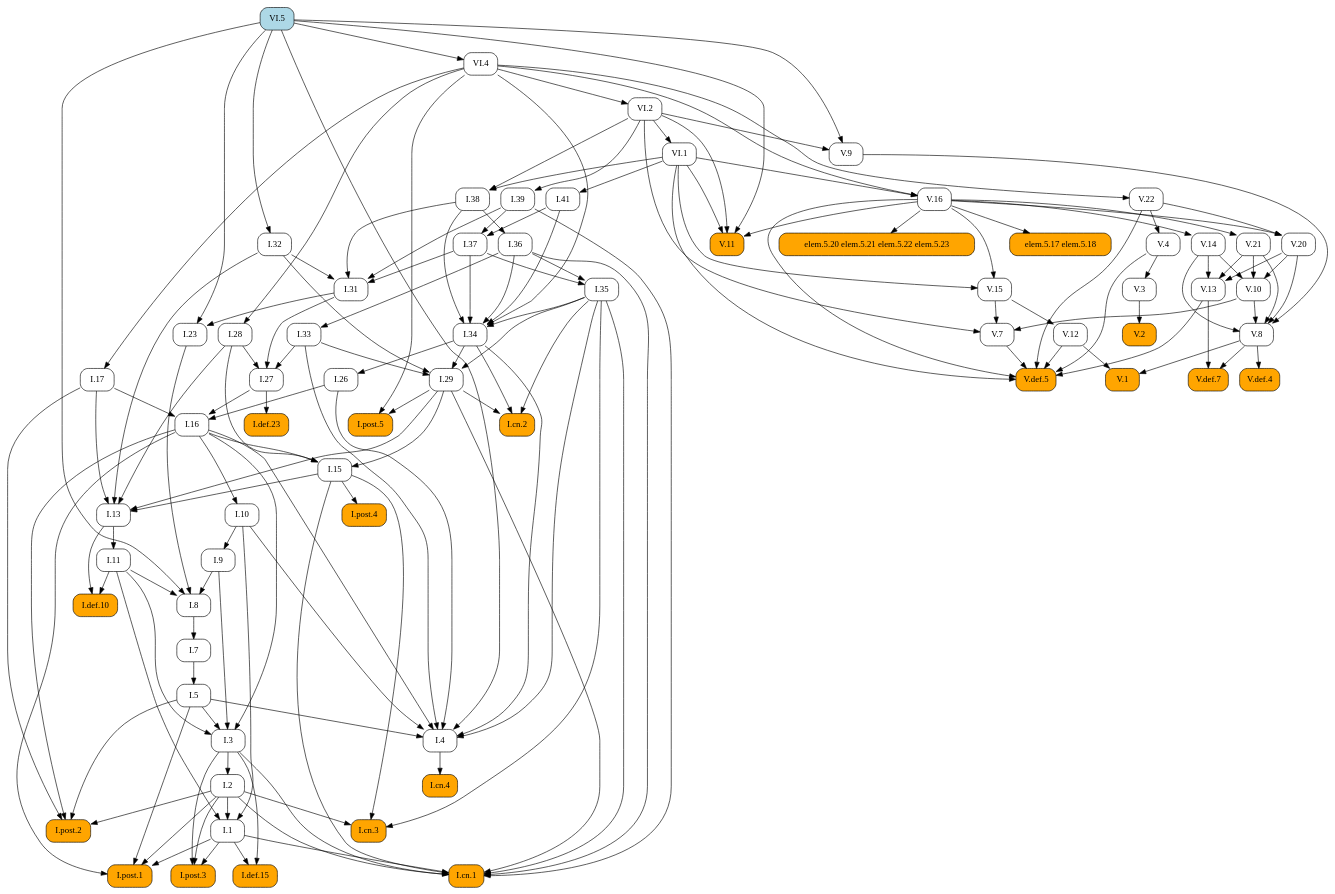
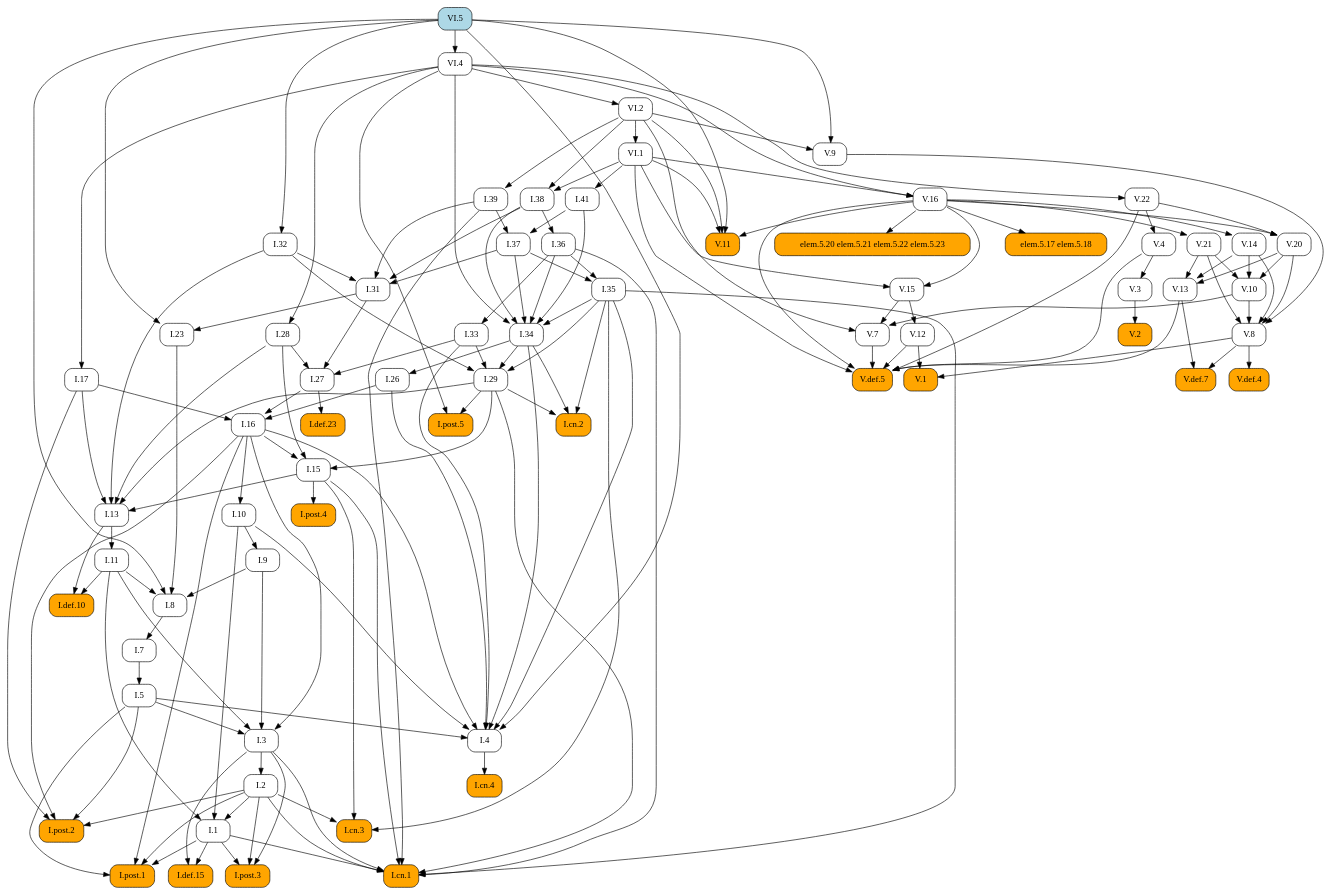
The diagram in docsrc/elements2/VI/5/index.rst (geometor/elements), drawn with Graphviz before and after one commit. The commit also changed other lines of this file and 409 other files, not shown here.

First line of the commit message:
feat: Add image cropping and graphic extraction script

```diff
--- a/docsrc/elements2/VI/5/index.rst
+++ b/docsrc/elements2/VI/5/index.rst
@@ -116,80 +116,105 @@
    digraph {
      rankdir="TB";
      node [shape=box, style=rounded];
+     "I.31" [URL="/elements2/I/31/", target="_top"];
+     "I.41" [URL="/elements2/I/41/", target="_top"];
      "I.8" [URL="/elements2/I/8/", target="_top"];
+     "V.10" [URL="/elements2/V/10/", target="_top"];
+     "V.8" [URL="/elements2/V/8/", target="_top"];
+     "I.15" [URL="/elements2/I/15/", target="_top"];
+     "VI.1" [URL="/elements2/VI/1/", target="_top"];
+     "I.26" [URL="/elements2/I/26/", target="_top"];
+     "I.cn.1" [style="rounded,filled", fillcolor=orange, URL="/elements2/I/cn.1/", target="_top"];
+     "elem.5.20 elem.5.21 elem.5.22 elem.5.23" [style="rounded,filled", fillcolor=orange];
+     "I.28" [URL="/elements2/I/28/", target="_top"];
+     "V.def.5" [style="rounded,filled", fillcolor=orange, URL="/elements2/V/def.5/", target="_top"];
+     "I.16" [URL="/elements2/I/16/", target="_top"];
+     "I.35" [URL="/elements2/I/35/", target="_top"];
+     "I.34" [URL="/elements2/I/34/", target="_top"];
+     "VI.4" [URL="/elements2/VI/4/", target="_top"];
+     "I.33" [URL="/elements2/I/33/", target="_top"];
+     "V.15" [URL="/elements2/V/15/", target="_top"];
+     "V.4" [URL="/elements2/V/4/", target="_top"];
+     "V.14" [URL="/elements2/V/14/", target="_top"];
+     "elem.5.17 elem.5.18" [style="rounded,filled", fillcolor=orange];
+     "V.3" [URL="/elements2/V/3/", target="_top"];
+     "I.def.15" [style="rounded,filled", fillcolor=orange, URL="/elements2/I/def.15/", target="_top"];
+     "I.11" [URL="/elements2/I/11/", target="_top"];
+     "V.11" [style="rounded,filled", fillcolor=orange, URL="/elements2/V/11/", target="_top"];
+     "I.cn.3" [style="rounded,filled", fillcolor=orange, URL="/elements2/I/cn.3/", target="_top"];
+     "I.9" [URL="/elements2/I/9/", target="_top"];
+     "I.29" [URL="/elements2/I/29/", target="_top"];
+     "V.13" [URL="/elements2/V/13/", target="_top"];
+     "I.36" [URL="/elements2/I/36/", target="_top"];
+     "I.post.1" [style="rounded,filled", fillcolor=orange, URL="/elements2/I/post.1/", target="_top"];
+     "V.def.4" [style="rounded,filled", fillcolor=orange, URL="/elements2/V/def.4/", target="_top"];
+     "VI.2" [URL="/elements2/VI/2/", target="_top"];
+     "I.27" [URL="/elements2/I/27/", target="_top"];
+     "V.1" [style="rounded,filled", fillcolor=orange, URL="/elements2/V/1/", target="_top"];
+     "I.cn.4" [style="rounded,filled", fillcolor=orange, URL="/elements2/I/cn.4/", target="_top"];
+     "I.post.4" [style="rounded,filled", fillcolor=orange, URL="/elements2/I/post.4/", target="_top"];
+     "I.cn.2" [style="rounded,filled", fillcolor=orange, URL="/elements2/I/cn.2/", target="_top"];
+     "V.7" [URL="/elements2/V/7/", target="_top"];
+     "VI.5" [style="rounded,filled", fillcolor=lightblue, URL="/elements2/VI/5/", target="_top"];
+     "I.37" [URL="/elements2/I/37/", target="_top"];
+     "V.21" [URL="/elements2/V/21/", target="_top"];
+     "I.5" [URL="/elements2/I/5/", target="_top"];
+     "V.def.7" [style="rounded,filled", fillcolor=orange, URL="/elements2/V/def.7/", target="_top"];
+     "I.17" [URL="/elements2/I/17/", target="_top"];
+     "V.12" [URL="/elements2/V/12/", target="_top"];
+     "I.32" [URL="/elements2/I/32/", target="_top"];
+     "I.7" [URL="/elements2/I/7/", target="_top"];
+     "I.23" [URL="/elements2/I/23/", target="_top"];
+     "V.9" [URL="/elements2/V/9/", target="_top"];
+     "V.2" [style="rounded,filled", fillcolor=orange, URL="/elements2/V/2/", target="_top"];
+     "I.38" [URL="/elements2/I/38/", target="_top"];
+     "I.def.10" [style="rounded,filled", fillcolor=orange, URL="/elements2/I/def.10/", target="_top"];
      "V.20" [URL="/elements2/V/20/", target="_top"];
-     "I.36" [URL="/elements2/I/36/", target="_top"];
-     "V.def.5" [style="rounded,filled", fillcolor=orange, URL="/elements2/V/def.5/", target="_top"];
-     "I.38" [URL="/elements2/I/38/", target="_top"];
+     "I.def.23" [style="rounded,filled", fillcolor=orange, URL="/elements2/I/def.23/", target="_top"];
+     "V.16" [URL="/elements2/V/16/", target="_top"];
      "I.post.5" [style="rounded,filled", fillcolor=orange, URL="/elements2/I/post.5/", target="_top"];
-     "I.def.10" [style="rounded,filled", fillcolor=orange, URL="/elements2/I/def.10/", target="_top"];
-     "I.cn.2" [style="rounded,filled", fillcolor=orange, URL="/elements2/I/cn.2/", target="_top"];
-     "I.31" [URL="/elements2/I/31/", target="_top"];
+     "I.3" [URL="/elements2/I/3/", target="_top"];
+     "I.10" [URL="/elements2/I/10/", target="_top"];
+     "I.13" [URL="/elements2/I/13/", target="_top"];
+     "I.4" [URL="/elements2/I/4/", target="_top"];
+     "I.post.3" [style="rounded,filled", fillcolor=orange, URL="/elements2/I/post.3/", target="_top"];
+     "I.39" [URL="/elements2/I/39/", target="_top"];
+     "I.2" [URL="/elements2/I/2/", target="_top"];
+     "I.1" [URL="/elements2/I/1/", target="_top"];
      "I.post.2" [style="rounded,filled", fillcolor=orange, URL="/elements2/I/post.2/", target="_top"];
-     "I.def.23" [style="rounded,filled", fillcolor=orange, URL="/elements2/I/def.23/", target="_top"];
-     "I.26" [URL="/elements2/I/26/", target="_top"];
-     "V.3" [URL="/elements2/V/3/", target="_top"];
-     "I.cn.3" [style="rounded,filled", fillcolor=orange, URL="/elements2/I/cn.3/", target="_top"];
-     "V.2" [style="rounded,filled", fillcolor=orange, URL="/elements2/V/2/", target="_top"];
-     "V.12" [URL="/elements2/V/12/", target="_top"];
      "V.22" [URL="/elements2/V/22/", target="_top"];
-     "I.41" [URL="/elements2/I/41/", target="_top"];
-     "I.35" [URL="/elements2/I/35/", target="_top"];
-     "I.28" [URL="/elements2/I/28/", target="_top"];
-     "I.27" [URL="/elements2/I/27/", target="_top"];
-     "I.4" [URL="/elements2/I/4/", target="_top"];
-     "V.8" [URL="/elements2/V/8/", target="_top"];
-     "VI.2" [URL="/elements2/VI/2/", target="_top"];
-     "I.39" [URL="/elements2/I/39/", target="_top"];
-     "I.15" [URL="/elements2/I/15/", target="_top"];
-     "I.34" [URL="/elements2/I/34/", target="_top"];
-     "I.post.3" [style="rounded,filled", fillcolor=orange, URL="/elements2/I/post.3/", target="_top"];
-     "I.32" [URL="/elements2/I/32/", target="_top"];
-     "VI.5" [style="rounded,filled", fillcolor=lightblue, URL="/elements2/VI/5/", target="_top"];
-     "V.def.4" [style="rounded,filled", fillcolor=orange, URL="/elements2/V/def.4/", target="_top"];
-     "I.post.1" [style="rounded,filled", fillcolor=orange, URL="/elements2/I/post.1/", target="_top"];
-     "I.33" [URL="/elements2/I/33/", target="_top"];
-     "I.5" [URL="/elements2/I/5/", target="_top"];
-     "elem.5.17 elem.5.18" [style="rounded,filled", fillcolor=orange];
-     "VI.1" [URL="/elements2/VI/1/", target="_top"];
-     "V.11" [style="rounded,filled", fillcolor=orange, URL="/elements2/V/11/", target="_top"];
-     "V.13" [URL="/elements2/V/13/", target="_top"];
-     "V.9" [URL="/elements2/V/9/", target="_top"];
-     "V.16" [URL="/elements2/V/16/", target="_top"];
-     "I.def.15" [style="rounded,filled", fillcolor=orange, URL="/elements2/I/def.15/", target="_top"];
-     "V.15" [URL="/elements2/V/15/", target="_top"];
-     "I.11" [URL="/elements2/I/11/", target="_top"];
-     "I.3" [URL="/elements2/I/3/", target="_top"];
-     "V.14" [URL="/elements2/V/14/", target="_top"];
-     "VI.4" [URL="/elements2/VI/4/", target="_top"];
-     "V.10" [URL="/elements2/V/10/", target="_top"];
-     "I.1" [URL="/elements2/I/1/", target="_top"];
-     "I.cn.4" [style="rounded,filled", fillcolor=orange, URL="/elements2/I/cn.4/", target="_top"];
-     "I.23" [URL="/elements2/I/23/", target="_top"];
-     "I.7" [URL="/elements2/I/7/", target="_top"];
-     "I.17" [URL="/elements2/I/17/", target="_top"];
-     "I.9" [URL="/elements2/I/9/", target="_top"];
-     "V.1" [style="rounded,filled", fillcolor=orange, URL="/elements2/V/1/", target="_top"];
-     "I.cn.1" [style="rounded,filled", fillcolor=orange, URL="/elements2/I/cn.1/", target="_top"];
-     "I.29" [URL="/elements2/I/29/", target="_top"];
-     "I.16" [URL="/elements2/I/16/", target="_top"];
-     "V.21" [URL="/elements2/V/21/", target="_top"];
-     "I.13" [URL="/elements2/I/13/", target="_top"];
-     "elem.5.20 elem.5.21 elem.5.22 elem.5.23" [style="rounded,filled", fillcolor=orange];
-     "V.7" [URL="/elements2/V/7/", target="_top"];
-     "I.post.4" [style="rounded,filled", fillcolor=orange, URL="/elements2/I/post.4/", target="_top"];
-     "I.2" [URL="/elements2/I/2/", target="_top"];
-     "I.37" [URL="/elements2/I/37/", target="_top"];
-     "I.10" [URL="/elements2/I/10/", target="_top"];
-     "V.def.7" [style="rounded,filled", fillcolor=orange, URL="/elements2/V/def.7/", target="_top"];
-     "V.4" [URL="/elements2/V/4/", target="_top"];
+     "I.32" -> "I.31";
+     "I.37" -> "I.31";
+     "I.38" -> "I.31";
+     "I.39" -> "I.31";
+     "VI.1" -> "I.41";
      "I.9" -> "I.8";
      "I.11" -> "I.8";
      "I.23" -> "I.8";
      "VI.5" -> "I.8";
-     "V.16" -> "V.20";
-     "V.22" -> "V.20";
-     "I.38" -> "I.36";
+     "V.14" -> "V.10";
+     "V.20" -> "V.10";
+     "V.21" -> "V.10";
+     "V.9" -> "V.8";
+     "V.10" -> "V.8";
+     "V.14" -> "V.8";
+     "V.20" -> "V.8";
+     "V.21" -> "V.8";
+     "I.16" -> "I.15";
+     "I.28" -> "I.15";
+     "I.29" -> "I.15";
+     "VI.2" -> "VI.1";
+     "I.34" -> "I.26";
+     "I.1" -> "I.cn.1";
+     "I.2" -> "I.cn.1";
+     "I.3" -> "I.cn.1";
+     "I.15" -> "I.cn.1";
+     "I.29" -> "I.cn.1";
+     "I.35" -> "I.cn.1";
+     "I.36" -> "I.cn.1";
+     "I.39" -> "I.cn.1";
+     "V.16" -> "elem.5.20 elem.5.21 elem.5.22 elem.5.23";
+     "VI.4" -> "I.28";
      "V.4" -> "V.def.5";
      "V.7" -> "V.def.5";
      "V.12" -> "V.def.5";
@@ -197,39 +222,99 @@
      "V.16" -> "V.def.5";
      "V.22" -> "V.def.5";
      "VI.1" -> "V.def.5";
-     "VI.1" -> "I.38";
-     "VI.2" -> "I.38";
-     "I.29" -> "I.post.5";
-     "VI.4" -> "I.post.5";
-     "I.11" -> "I.def.10";
-     "I.13" -> "I.def.10";
+     "I.17" -> "I.16";
+     "I.26" -> "I.16";
+     "I.27" -> "I.16";
+     "I.36" -> "I.35";
+     "I.37" -> "I.35";
+     "I.35" -> "I.34";
+     "I.36" -> "I.34";
+     "I.37" -> "I.34";
+     "I.38" -> "I.34";
+     "I.41" -> "I.34";
+     "VI.4" -> "I.34";
+     "VI.5" -> "VI.4";
+     "I.36" -> "I.33";
+     "V.16" -> "V.15";
+     "VI.1" -> "V.15";
+     "V.22" -> "V.4";
+     "V.16" -> "V.14";
+     "V.16" -> "elem.5.17 elem.5.18";
+     "V.4" -> "V.3";
+     "I.1" -> "I.def.15";
+     "I.3" -> "I.def.15";
+     "I.13" -> "I.11";
+     "V.16" -> "V.11";
+     "VI.1" -> "V.11";
+     "VI.2" -> "V.11";
+     "VI.5" -> "V.11";
+     "I.2" -> "I.cn.3";
+     "I.15" -> "I.cn.3";
+     "I.35" -> "I.cn.3";
+     "I.10" -> "I.9";
+     "I.32" -> "I.29";
+     "I.33" -> "I.29";
+     "I.34" -> "I.29";
+     "I.35" -> "I.29";
+     "V.14" -> "V.13";
+     "V.20" -> "V.13";
+     "V.21" -> "V.13";
+     "I.38" -> "I.36";
+     "I.1" -> "I.post.1";
+     "I.2" -> "I.post.1";
+     "I.5" -> "I.post.1";
+     "I.16" -> "I.post.1";
+     "V.8" -> "V.def.4";
+     "VI.4" -> "VI.2";
+     "I.28" -> "I.27";
+     "I.31" -> "I.27";
+     "I.33" -> "I.27";
+     "V.8" -> "V.1";
+     "V.12" -> "V.1";
+     "I.4" -> "I.cn.4";
+     "I.15" -> "I.post.4";
      "I.29" -> "I.cn.2";
      "I.34" -> "I.cn.2";
      "I.35" -> "I.cn.2";
-     "I.32" -> "I.31";
-     "I.37" -> "I.31";
-     "I.38" -> "I.31";
-     "I.39" -> "I.31";
-     "I.2" -> "I.post.2";
-     "I.5" -> "I.post.2";
-     "I.16" -> "I.post.2";
-     "I.17" -> "I.post.2";
+     "V.10" -> "V.7";
+     "V.15" -> "V.7";
+     "VI.2" -> "V.7";
+     "I.39" -> "I.37";
+     "I.41" -> "I.37";
+     "V.16" -> "V.21";
+     "I.7" -> "I.5";
+     "V.8" -> "V.def.7";
+     "V.13" -> "V.def.7";
+     "VI.4" -> "I.17";
+     "V.15" -> "V.12";
+     "VI.5" -> "I.32";
+     "I.8" -> "I.7";
+     "I.31" -> "I.23";
+     "VI.5" -> "I.23";
+     "VI.2" -> "V.9";
+     "VI.5" -> "V.9";
+     "V.3" -> "V.2";
+     "VI.1" -> "I.38";
+     "VI.2" -> "I.38";
+     "I.11" -> "I.def.10";
+     "I.13" -> "I.def.10";
+     "V.16" -> "V.20";
+     "V.22" -> "V.20";
      "I.27" -> "I.def.23";
-     "I.34" -> "I.26";
-     "V.4" -> "V.3";
-     "I.2" -> "I.cn.3";
-     "I.15" -> "I.cn.3";
-     "I.35" -> "I.cn.3";
-     "V.3" -> "V.2";
-     "V.15" -> "V.12";
-     "VI.4" -> "V.22";
-     "VI.1" -> "I.41";
-     "I.36" -> "I.35";
-     "I.37" -> "I.35";
-     "VI.4" -> "I.28";
-     "I.28" -> "I.27";
-     "I.31" -> "I.27";
-     "I.33" -> "I.27";
+     "VI.1" -> "V.16";
+     "VI.4" -> "V.16";
+     "I.29" -> "I.post.5";
+     "VI.4" -> "I.post.5";
+     "I.5" -> "I.3";
+     "I.9" -> "I.3";
+     "I.11" -> "I.3";
+     "I.16" -> "I.3";
+     "I.16" -> "I.10";
+     "I.15" -> "I.13";
+     "I.17" -> "I.13";
+     "I.28" -> "I.13";
+     "I.29" -> "I.13";
+     "I.32" -> "I.13";
      "I.5" -> "I.4";
      "I.10" -> "I.4";
      "I.16" -> "I.4";
@@ -238,102 +323,17 @@
      "I.34" -> "I.4";
      "I.35" -> "I.4";
      "VI.5" -> "I.4";
-     "V.9" -> "V.8";
-     "V.10" -> "V.8";
-     "V.14" -> "V.8";
-     "V.20" -> "V.8";
-     "V.21" -> "V.8";
-     "VI.4" -> "VI.2";
-     "VI.2" -> "I.39";
-     "I.16" -> "I.15";
-     "I.28" -> "I.15";
-     "I.29" -> "I.15";
-     "I.35" -> "I.34";
-     "I.36" -> "I.34";
-     "I.37" -> "I.34";
-     "I.38" -> "I.34";
-     "I.41" -> "I.34";
-     "VI.4" -> "I.34";
      "I.1" -> "I.post.3";
      "I.2" -> "I.post.3";
      "I.3" -> "I.post.3";
-     "VI.5" -> "I.32";
-     "V.8" -> "V.def.4";
-     "I.1" -> "I.post.1";
-     "I.2" -> "I.post.1";
-     "I.5" -> "I.post.1";
-     "I.16" -> "I.post.1";
-     "I.36" -> "I.33";
-     "I.7" -> "I.5";
-     "V.16" -> "elem.5.17 elem.5.18";
-     "VI.2" -> "VI.1";
-     "V.16" -> "V.11";
-     "VI.1" -> "V.11";
-     "VI.2" -> "V.11";
-     "VI.5" -> "V.11";
-     "V.14" -> "V.13";
-     "V.20" -> "V.13";
-     "V.21" -> "V.13";
-     "VI.2" -> "V.9";
-     "VI.5" -> "V.9";
-     "VI.1" -> "V.16";
-     "VI.4" -> "V.16";
-     "I.1" -> "I.def.15";
-     "I.3" -> "I.def.15";
-     "V.16" -> "V.15";
-     "VI.1" -> "V.15";
-     "I.13" -> "I.11";
-     "I.5" -> "I.3";
-     "I.9" -> "I.3";
-     "I.11" -> "I.3";
-     "I.16" -> "I.3";
-     "V.16" -> "V.14";
-     "VI.5" -> "VI.4";
-     "V.14" -> "V.10";
-     "V.20" -> "V.10";
-     "V.21" -> "V.10";
+     "VI.2" -> "I.39";
+     "I.3" -> "I.2";
      "I.2" -> "I.1";
      "I.10" -> "I.1";
      "I.11" -> "I.1";
-     "I.4" -> "I.cn.4";
-     "I.31" -> "I.23";
-     "VI.5" -> "I.23";
-     "I.8" -> "I.7";
-     "VI.4" -> "I.17";
-     "I.10" -> "I.9";
-     "V.8" -> "V.1";
-     "V.12" -> "V.1";
-     "I.1" -> "I.cn.1";
-     "I.2" -> "I.cn.1";
-     "I.3" -> "I.cn.1";
-     "I.15" -> "I.cn.1";
-     "I.29" -> "I.cn.1";
-     "I.35" -> "I.cn.1";
-     "I.36" -> "I.cn.1";
-     "I.39" -> "I.cn.1";
-     "I.32" -> "I.29";
-     "I.33" -> "I.29";
-     "I.34" -> "I.29";
-     "I.35" -> "I.29";
-     "I.17" -> "I.16";
-     "I.26" -> "I.16";
-     "I.27" -> "I.16";
-     "V.16" -> "V.21";
-     "I.15" -> "I.13";
-     "I.17" -> "I.13";
-     "I.28" -> "I.13";
-     "I.29" -> "I.13";
-     "I.32" -> "I.13";
-     "V.16" -> "elem.5.20 elem.5.21 elem.5.22 elem.5.23";
-     "V.10" -> "V.7";
-     "V.15" -> "V.7";
-     "VI.2" -> "V.7";
-     "I.15" -> "I.post.4";
-     "I.3" -> "I.2";
-     "I.39" -> "I.37";
-     "I.41" -> "I.37";
-     "I.16" -> "I.10";
-     "V.8" -> "V.def.7";
-     "V.13" -> "V.def.7";
-     "V.22" -> "V.4";
+     "I.2" -> "I.post.2";
+     "I.5" -> "I.post.2";
+     "I.16" -> "I.post.2";
+     "I.17" -> "I.post.2";
+     "VI.4" -> "V.22";
    }
```
